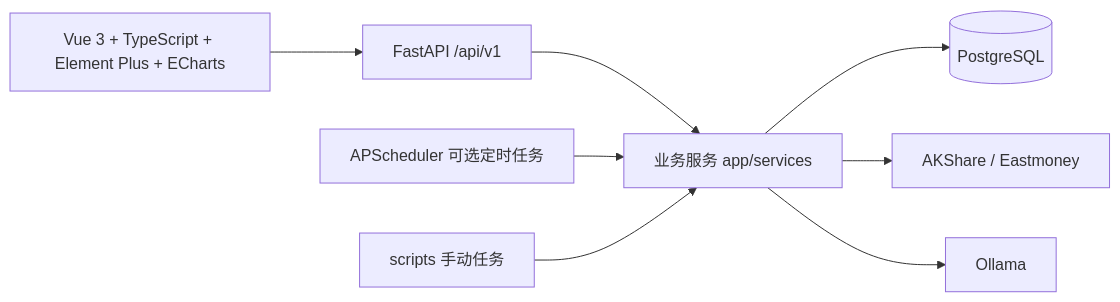
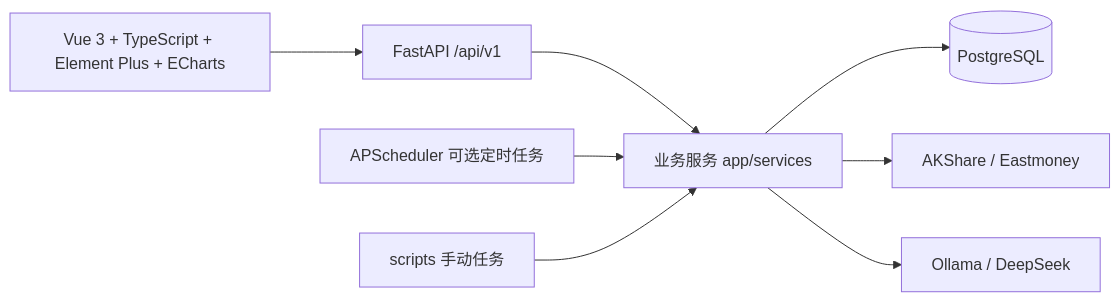
The diagram in README.md (xerxescom/FundPilot), drawn with Mermaid before and after one commit. The commit also changed other lines of this file and 29 other files, not shown here.

````diff
--- a/README.md
+++ b/README.md
@@ -17,10 +18,10 @@
 ```mermaid
 flowchart LR
     Vue["Vue 3 + TypeScript + Element Plus + ECharts"] --> API["FastAPI /api/v1"]
     API --> Services["业务服务 app/services"]
     Services --> DB[("PostgreSQL")]
     Services --> DataSources["AKShare / Eastmoney"]
-    Services --> Ollama["Ollama"]
+    Services --> AI["Ollama / DeepSeek"]
     Jobs["APScheduler 可选定时任务"] --> Services
     Scripts["scripts 手动任务"] --> Services
 ```
````
